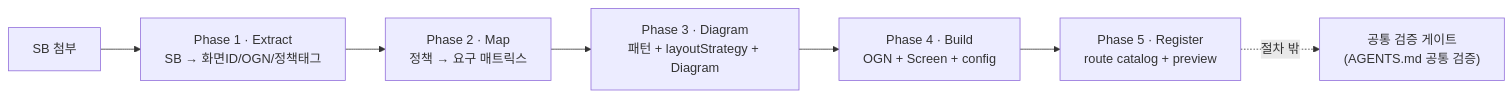
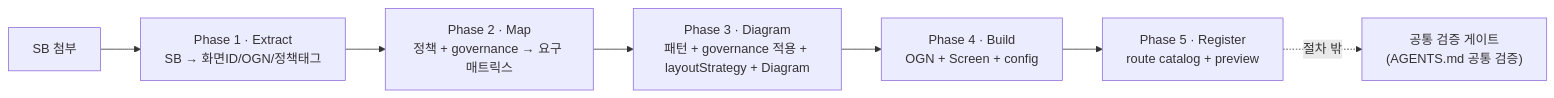
One commit to ewoooo/rnd-screen-to-screen changed the diagram in SCREEN_GENERATION_FLOW.md. Above: the diagram before and after it, drawn with Mermaid. The commit also changed other lines of this file and 24 other files, not shown here.

````diff
--- a/SCREEN_GENERATION_FLOW.md
+++ b/SCREEN_GENERATION_FLOW.md
@@ -25,9 +25,9 @@
 ```mermaid
 flowchart LR
     A["SB 첨부"] --> P1["Phase 1 · Extract<br/>SB → 화면ID/OGN/정책태그"]
-    P1 --> P2["Phase 2 · Map<br/>정책 → 요구 매트릭스"]
-    P2 --> P3["Phase 3 · Diagram<br/>패턴 + layoutStrategy + Diagram"]
+    P1 --> P2["Phase 2 · Map<br/>정책 + governance → 요구 매트릭스"]
+    P2 --> P3["Phase 3 · Diagram<br/>패턴 + governance 적용 + layoutStrategy + Diagram"]
     P3 --> P4["Phase 4 · Build<br/>OGN + Screen + config"]
     P4 --> P5["Phase 5 · Register<br/>route catalog + preview"]
     P5 -.->|절차 밖| G["공통 검증 게이트<br/>(AGENTS.md 공통 검증)"]
 ```
````
